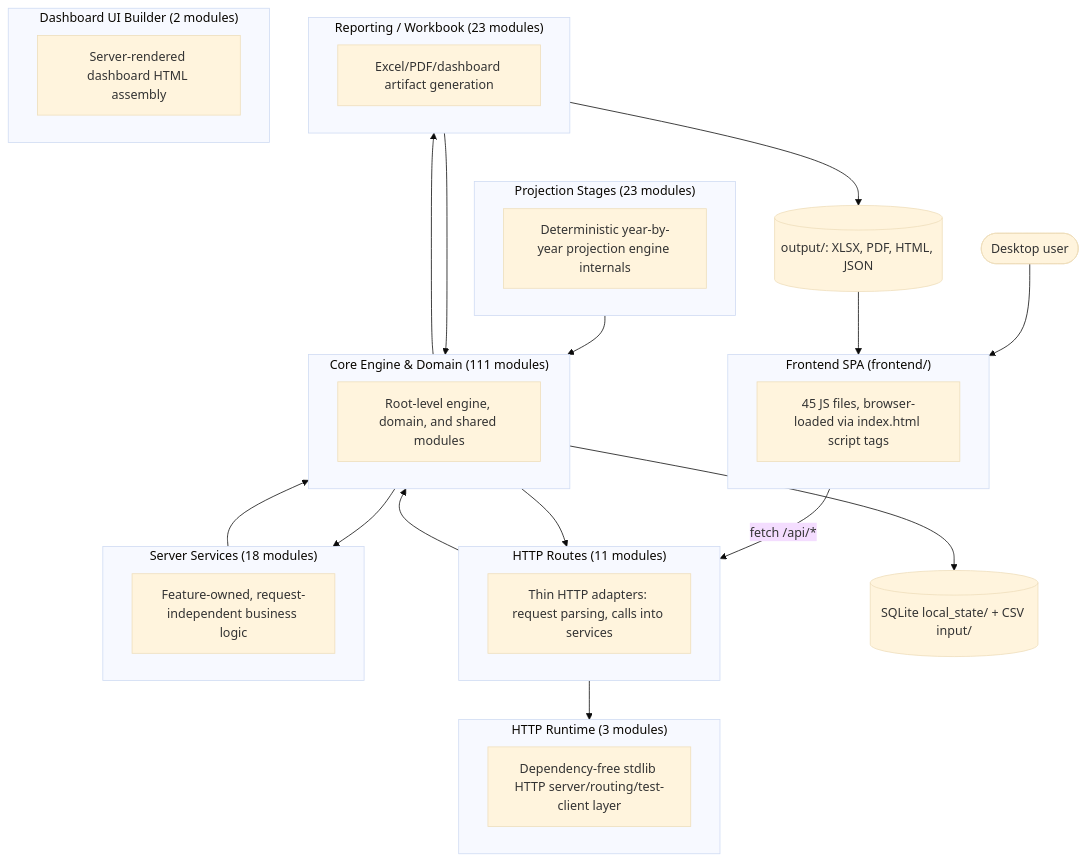
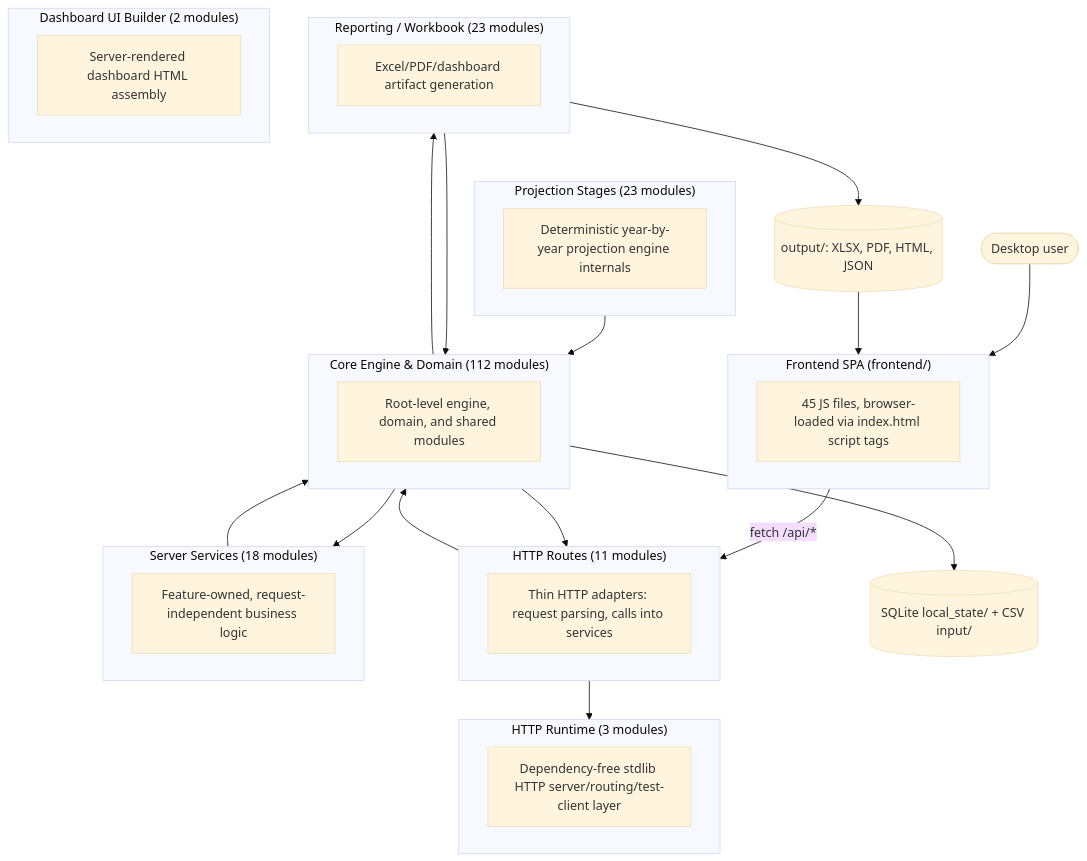
The first of 2 diagrams in documentation/reference/SYSTEM_ARCHITECTURE_DIAGRAM.md (matthartzman/retirement_system), drawn with Mermaid (base theme) before and after one commit. The commit also changed other lines of this file and 1 other file, not shown here.

First line of the commit message:
Fix CI: keep dashboard.js within line ratchet; regenerate architecture diagram

````diff
--- a/documentation/reference/SYSTEM_ARCHITECTURE_DIAGRAM.md
+++ b/documentation/reference/SYSTEM_ARCHITECTURE_DIAGRAM.md
@@ -11,40 +11,40 @@
 ```mermaid
 flowchart TB
     User(["Desktop user"]) --> FE
     subgraph FE["Frontend SPA (frontend/)"]
         FEcount["45 JS files, browser-loaded via index.html script tags"]
     end
     FE -->|fetch /api/*| L_HTTP_Routes
     subgraph L_HTTP_Routes["HTTP Routes (11 modules)"]
         L_HTTP_Routes_d["Thin HTTP adapters: request parsing, calls into services"]
     end
     subgraph L_Server_Services["Server Services (18 modules)"]
         L_Server_Services_d["Feature-owned, request-independent business logic"]
     end
     subgraph L_HTTP_Runtime["HTTP Runtime (3 modules)"]
         L_HTTP_Runtime_d["Dependency-free stdlib HTTP server/routing/test-client layer"]
     end
-    subgraph L_Core_Engine___Domain["Core Engine & Domain (111 modules)"]
+    subgraph L_Core_Engine___Domain["Core Engine & Domain (112 modules)"]
         L_Core_Engine___Domain_d["Root-level engine, domain, and shared modules"]
     end
     subgraph L_Projection_Stages["Projection Stages (23 modules)"]
         L_Projection_Stages_d["Deterministic year-by-year projection engine internals"]
     end
     subgraph L_Reporting___Workbook["Reporting / Workbook (23 modules)"]
         L_Reporting___Workbook_d["Excel/PDF/dashboard artifact generation"]
     end
     subgraph L_Dashboard_UI_Builder["Dashboard UI Builder (2 modules)"]
         L_Dashboard_UI_Builder_d["Server-rendered dashboard HTML assembly"]
     end
     L_Core_Engine___Domain --> L_HTTP_Routes
     L_Core_Engine___Domain --> L_Reporting___Workbook
     L_Core_Engine___Domain --> L_Server_Services
     L_HTTP_Routes --> L_Core_Engine___Domain
     L_HTTP_Routes --> L_HTTP_Runtime
     L_Projection_Stages --> L_Core_Engine___Domain
     L_Reporting___Workbook --> L_Core_Engine___Domain
     L_Server_Services --> L_Core_Engine___Domain
     L_Core_Engine___Domain --> DB[("SQLite local_state/ + CSV input/")]
     L_Reporting___Workbook --> Outputs[("output/: XLSX, PDF, HTML, JSON")]
     Outputs --> FE
 ```
````
